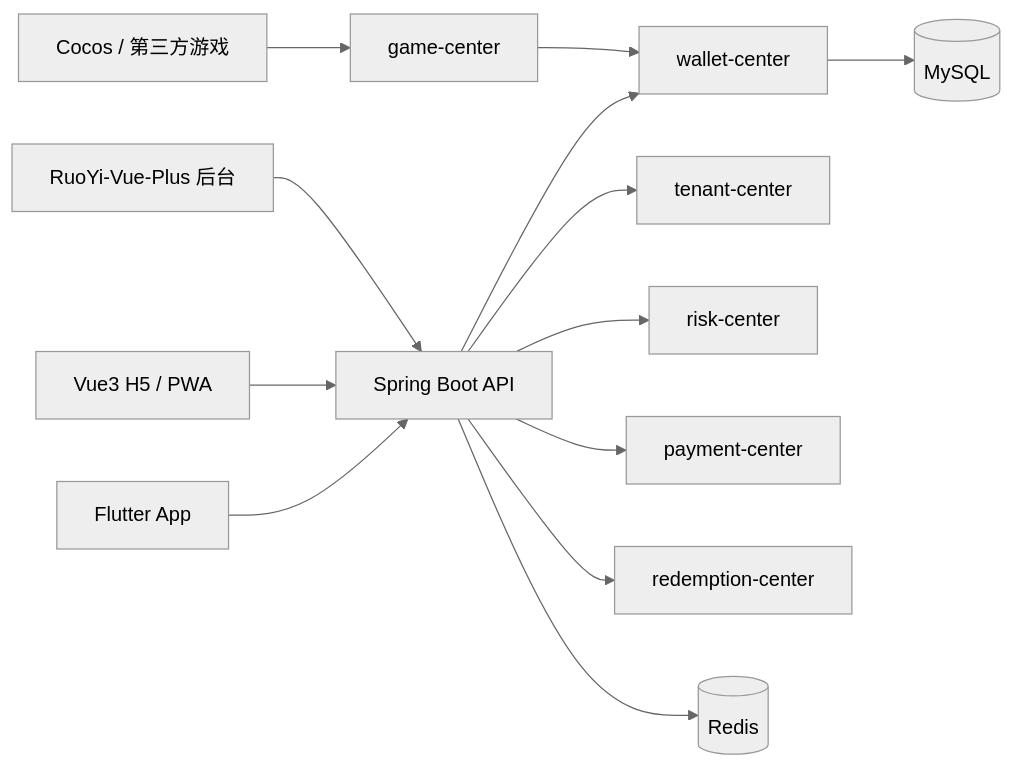
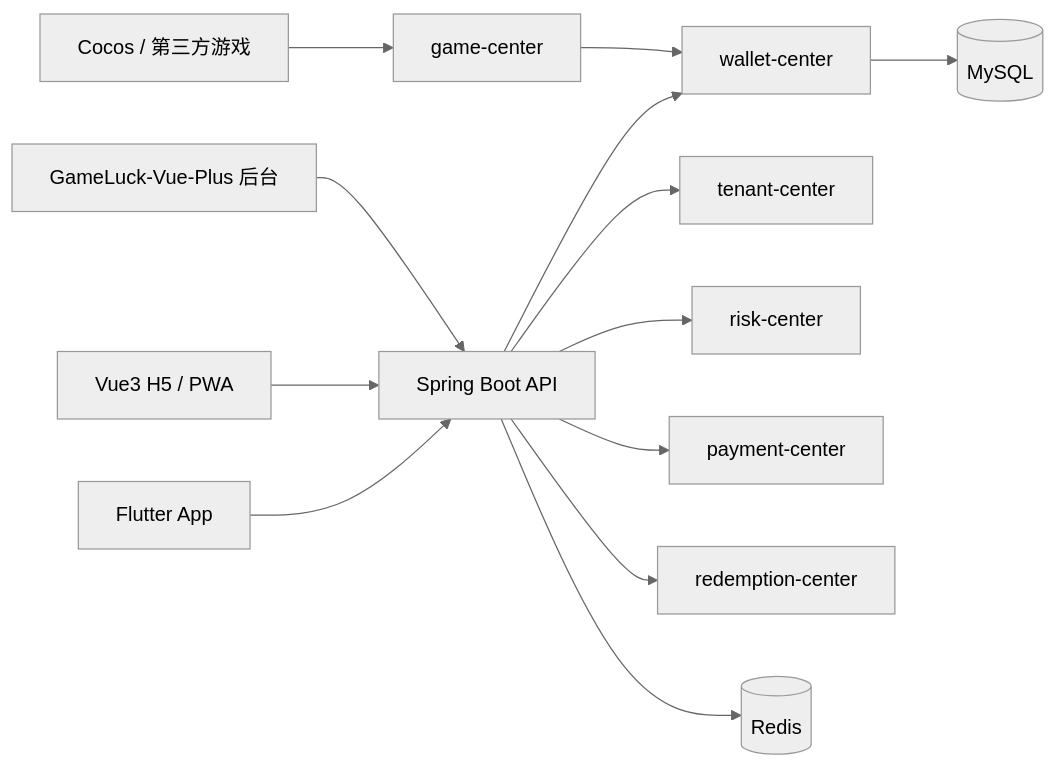
Before and after one commit to tt88737/game_luck: the diagram in docs/superpowers/specs/2026-06-25-platform-architecture-design.md, drawn with Mermaid (neutral theme). The commit also changed other lines of this file and 677 other files, not shown here.

````diff
--- a/docs/superpowers/specs/2026-06-25-platform-architecture-design.md
+++ b/docs/superpowers/specs/2026-06-25-platform-architecture-design.md
@@ -216,15 +216,15 @@
 ```mermaid
 flowchart LR
-  Admin[RuoYi-Vue-Plus 后台] --> API[Spring Boot API]
+  Admin[GameLuck-Vue-Plus 后台] --> API[Spring Boot API]
   H5[Vue3 H5 / PWA] --> API
   App[Flutter App] --> API
   Game[Cocos / 第三方游戏] --> GameCenter[game-center]
   GameCenter --> Wallet[wallet-center]
   API --> Tenant[tenant-center]
   API --> Wallet
   API --> Risk[risk-center]
   API --> Payment[payment-center]
   API --> Redemption[redemption-center]
   Wallet --> DB[(MySQL)]
   API --> Redis[(Redis)]
 ```
````
